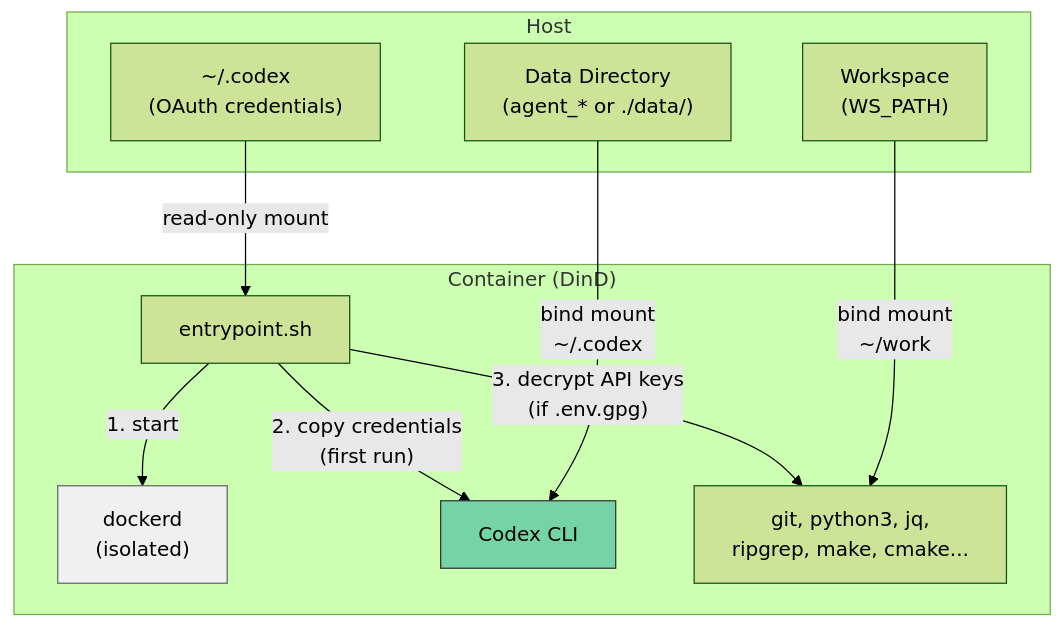
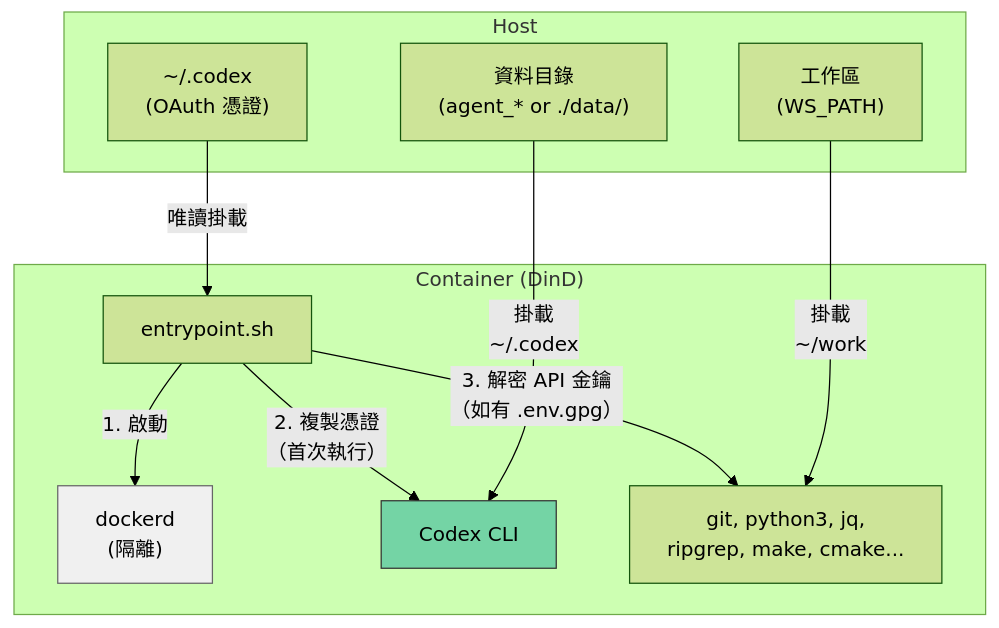
The first of 3 diagrams in doc/README.zh-TW.md (ycpss91255-docker/codex_cli), drawn with Mermaid (forest theme) before and after one commit. The commit also changed other lines of this file and 2 other files, not shown here.

Commit message:
docs: keep 'smoke test' as proper noun in i18n
Do not translate 'smoke test' — it is a proper noun.

````diff
--- a/doc/README.zh-TW.md
+++ b/doc/README.zh-TW.md
@@ -42,26 +42,26 @@
 ```mermaid
 graph TB
     subgraph Host
-        H_OAuth["~/.codex<br/>(OAuth credentials)"]
-        H_WS["Workspace<br/>(WS_PATH)"]
-        H_Data["Data Directory<br/>(agent_* or ./data/)"]
+        H_OAuth["~/.codex<br/>(OAuth 憑證)"]
+        H_WS["工作區<br/>(WS_PATH)"]
+        H_Data["資料目錄<br/>(agent_* or ./data/)"]
     end
 
     subgraph "Container (DinD)"
         EP["entrypoint.sh"]
-        DinD["dockerd<br/>(isolated)"]
+        DinD["dockerd<br/>(隔離)"]
         Codex["Codex CLI"]
         Tools["git, python3, jq,<br/>ripgrep, make, cmake..."]
 
-        EP -->|"1. start"| DinD
-        EP -->|"2. copy credentials<br/>(first run)"| Codex
-        EP -->|"3. decrypt API keys<br/>(if .env.gpg)"| Tools
+        EP -->|"1. 啟動"| DinD
+        EP -->|"2. 複製憑證<br/>（首次執行）"| Codex
+        EP -->|"3. 解密 API 金鑰<br/>（如有 .env.gpg）"| Tools
     end
 
-    H_OAuth -->|"read-only mount"| EP
-    H_WS -->|"bind mount<br/>~/work"| Tools
-    H_Data -->|"bind mount<br/>~/.codex"| Codex
+    H_OAuth -->|"唯讀掛載"| EP
+    H_WS -->|"掛載<br/>~/work"| Tools
+    H_Data -->|"掛載<br/>~/.codex"| Codex
 
     style DinD fill:#f0f0f0,stroke:#666
     style Codex fill:#74d4a5,stroke:#333
 ```
````
